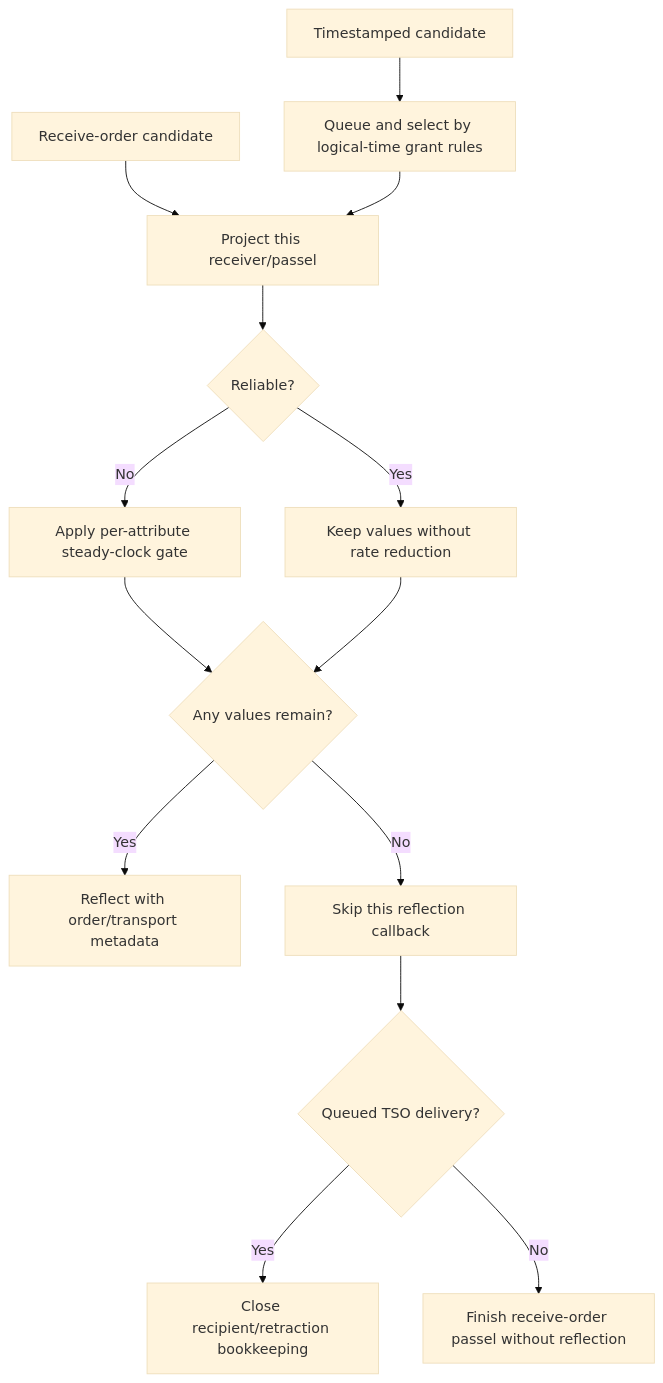
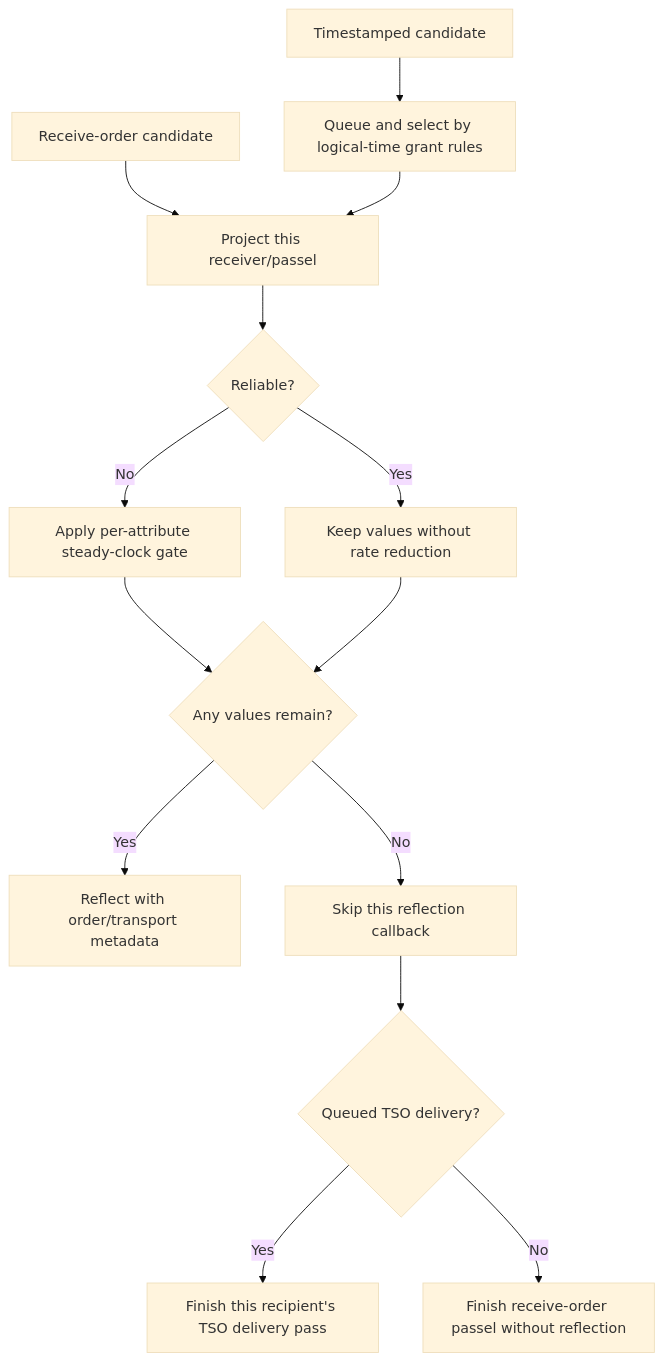
One commit to sheepfling/umbra changed the third of 3 diagrams in docs/design/HLA-2025-ATTRIBUTE-UPDATE-RATE-ADMISSION-FLOW-GUIDE.md. Above: the diagram before and after it, drawn with Mermaid (base theme). The commit also changed other lines of this file and 822 other files, not shown here.

````diff
--- a/docs/design/HLA-2025-ATTRIBUTE-UPDATE-RATE-ADMISSION-FLOW-GUIDE.md
+++ b/docs/design/HLA-2025-ATTRIBUTE-UPDATE-RATE-ADMISSION-FLOW-GUIDE.md
@@ -118,16 +159,16 @@
 ```mermaid
 flowchart TD
   A["Receive-order candidate"] --> D["Project this receiver/passel"]
   B["Timestamped candidate"] --> C["Queue and select by logical-time grant rules"]
   C --> D
   D --> E{"Reliable?"}
   E -->|"Yes"| G["Keep values without rate reduction"]
   E -->|"No"| F["Apply per-attribute steady-clock gate"]
   F --> H{"Any values remain?"}
   G --> H
   H -->|"Yes"| I["Reflect with order/transport metadata"]
   H -->|"No"| J["Skip this reflection callback"]
   J --> K{"Queued TSO delivery?"}
-  K -->|"Yes"| L["Close recipient/retraction bookkeeping"]
+  K -->|"Yes"| L["Finish this recipient's TSO delivery pass"]
   K -->|"No"| M["Finish receive-order passel without reflection"]
 ```
````
